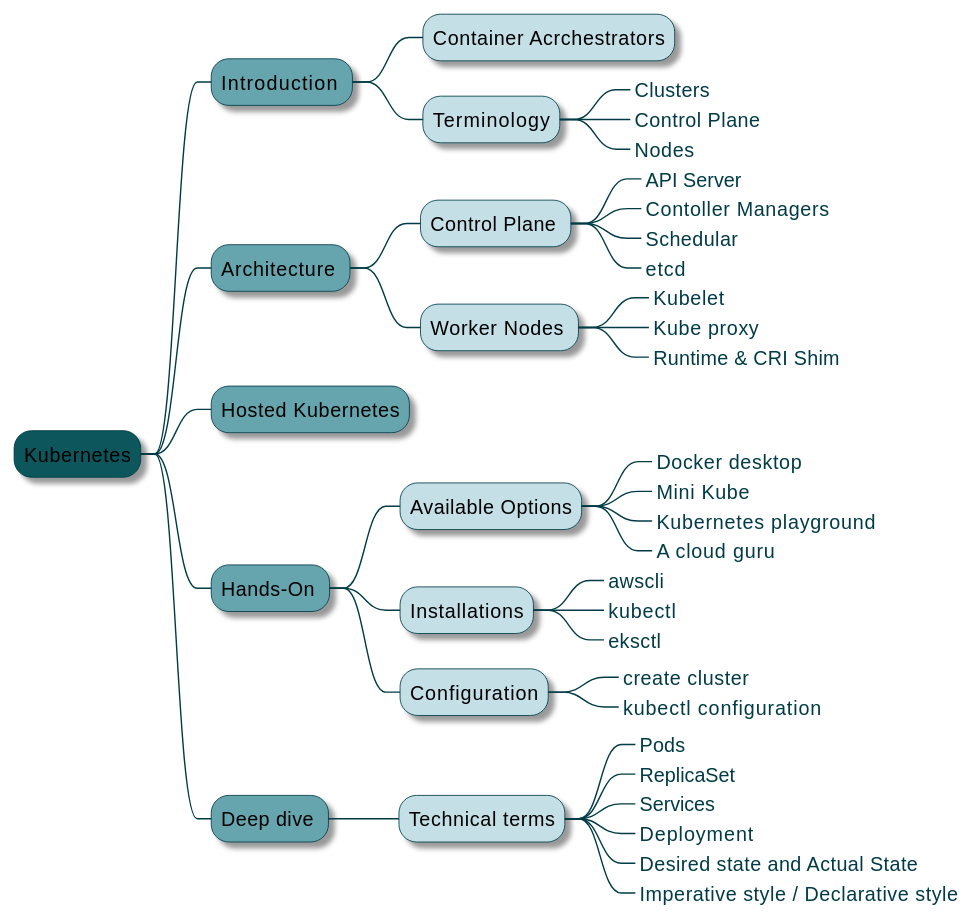
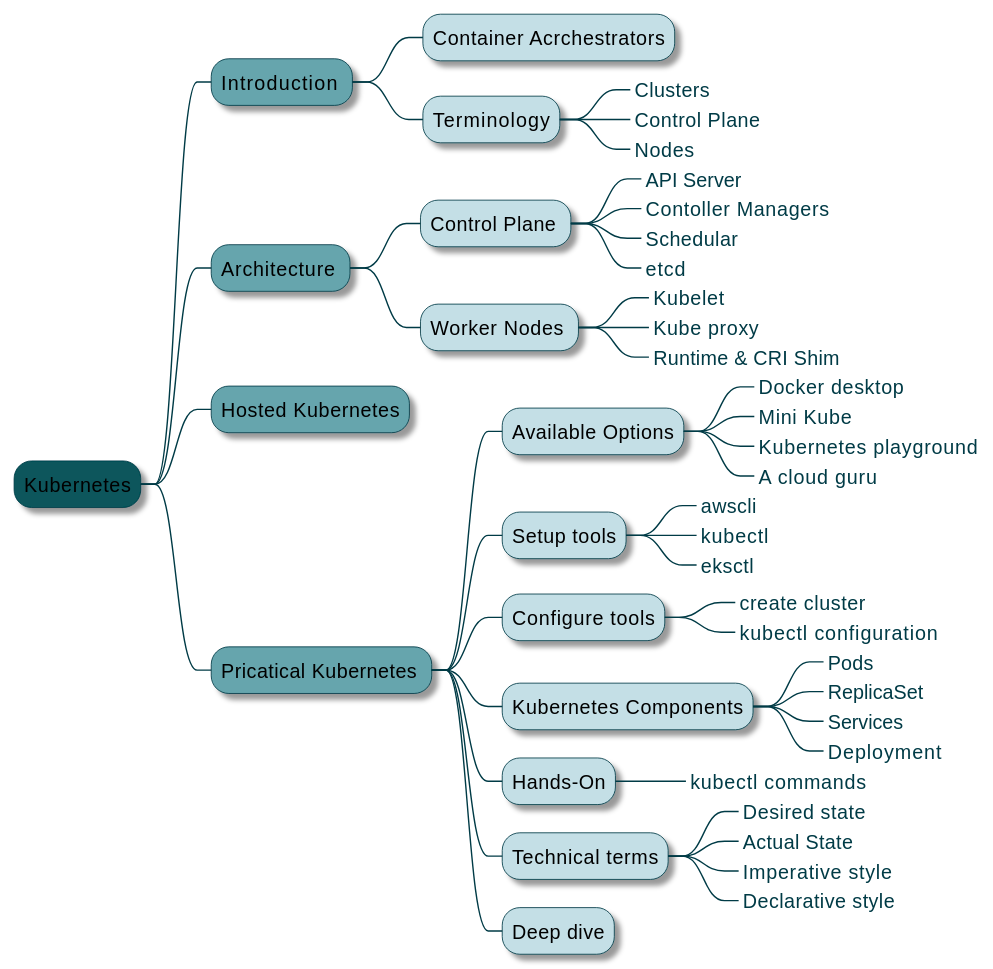
One commit to deepaksama/Knowledge changed the diagram in kubernetes/presentations/presentation.md. Above: the diagram before and after it, drawn with PlantUML. The commit also changed other lines of this file and 9 other files, not shown here.

````diff
--- a/kubernetes/presentations/presentation.md
+++ b/kubernetes/presentations/presentation.md
@@ -15,7 +15,7 @@
 <style>
 mindmapDiagram {
     /'
-        1. #FFD3B5, #FFAAA6, #FF8C94
+        1. #FFD3B5, #FFAAA6, #F  F8C94
         2. #727077, #EED8C9 #E99787, #A49592
         3. #07575B, 66A5AD, #C4DFE6, #003B46
     '/
@@ -77,30 +77,38 @@
 
 ++ Hosted Kubernetes
 
-++ Hands-On 
+++ Pricatical Kubernetes 
 +++ Available Options
 ++++_ Docker desktop
 ++++_ Mini Kube 
 ++++_ Kubernetes playground
 ++++_ A cloud guru 
 
-+++ Installations
++++ Setup tools
 ++++_ awscli
 ++++_ kubectl
 ++++_ eksctl 
 
-+++ Configuration
++++ Configure tools
 ++++_ create cluster
 ++++_ kubectl configuration
 
-++ Deep dive 
-+++ Technical terms
++++ Kubernetes Components
 ++++_ Pods 
 ++++_ ReplicaSet 
 ++++_ Services 
 ++++_ Deployment 
-++++_ Desired state and Actual State 
-++++_ Imperative style / Declarative style 
+
++++ Hands-On
+++++_ kubectl commands
+
++++ Technical terms
+++++_ Desired state 
+++++_ Actual State 
+++++_ Imperative style
+++++_ Declarative style 
+
++++ Deep dive
 
 @endmindmap
 ```
````
